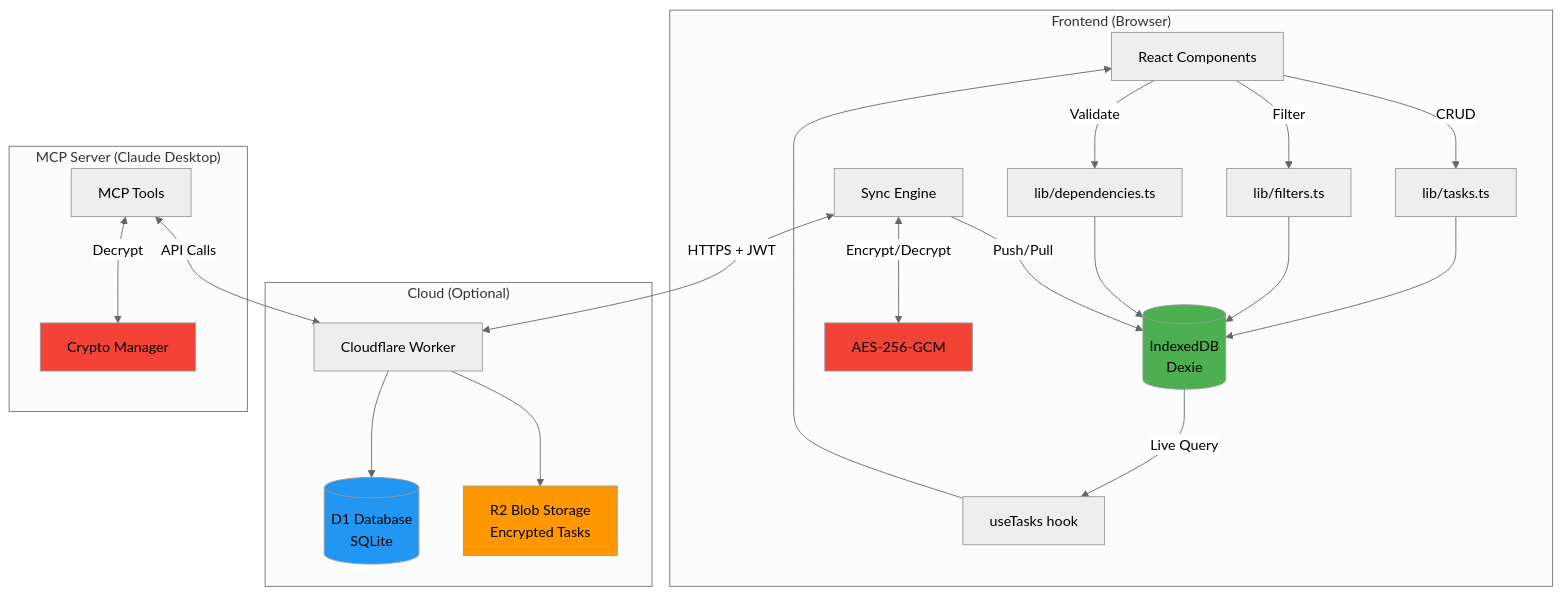
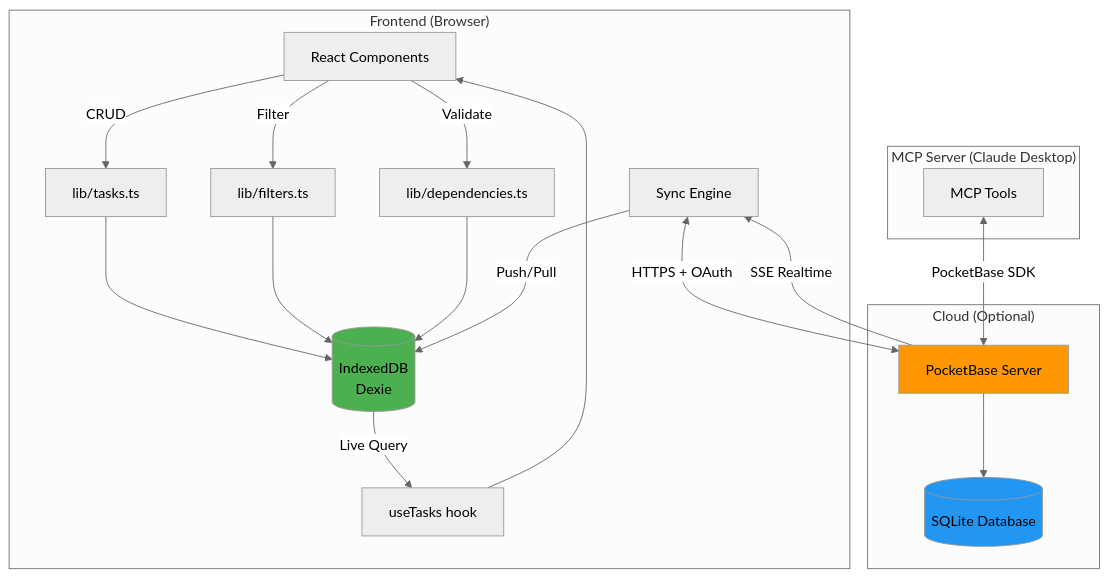
The second of 2 diagrams in DATABASE_ARCHITECTURE.md (vscarpenter/gsd-task-manager), drawn with Mermaid (neutral theme) before and after one commit. The commit also changed other lines of this file and 34 other files, not shown here.

Commit message:
chore: remove stale Cloudflare/Supabase references after PocketBase migration (#150)

````diff
--- a/DATABASE_ARCHITECTURE.md
+++ b/DATABASE_ARCHITECTURE.md
@@ -730,46 +720,39 @@
 ```mermaid
 flowchart TD
     subgraph "Frontend (Browser)"
         UI[React Components]
         DB[(IndexedDB<br/>Dexie)]
 
         UI -->|CRUD| TASKS[lib/tasks.ts]
         UI -->|Filter| FILTERS[lib/filters.ts]
         UI -->|Validate| DEPS[lib/dependencies.ts]
 
         TASKS --> DB
         FILTERS --> DB
         DEPS --> DB
 
         DB -->|Live Query| HOOK[useTasks hook]
         HOOK --> UI
 
         SYNC[Sync Engine] -->|Push/Pull| DB
-        SYNC <-->|Encrypt/Decrypt| CRYPTO[AES-256-GCM]
     end
 
     subgraph "Cloud (Optional)"
-        WORKER[Cloudflare Worker]
-        D1[(D1 Database<br/>SQLite)]
-        R2[R2 Blob Storage<br/>Encrypted Tasks]
+        PB[PocketBase Server]
+        SQLITE[(SQLite Database)]
 
-        WORKER --> D1
-        WORKER --> R2
+        PB --> SQLITE
     end
 
-    SYNC <-->|HTTPS + JWT| WORKER
+    SYNC <-->|HTTPS + OAuth| PB
+    PB -->|SSE Realtime| SYNC
 
     subgraph "MCP Server (Claude Desktop)"
         MCP[MCP Tools]
-        MCP_CRYPTO[Crypto Manager]
-
-        MCP <-->|Decrypt| MCP_CRYPTO
-        MCP <-->|API Calls| WORKER
+        MCP <-->|PocketBase SDK| PB
     end
 
     style DB fill:#4CAF50
-    style D1 fill:#2196F3
-    style R2 fill:#FF9800
-    style CRYPTO fill:#F44336
-    style MCP_CRYPTO fill:#F44336
+    style SQLITE fill:#2196F3
+    style PB fill:#FF9800
 ```
````
